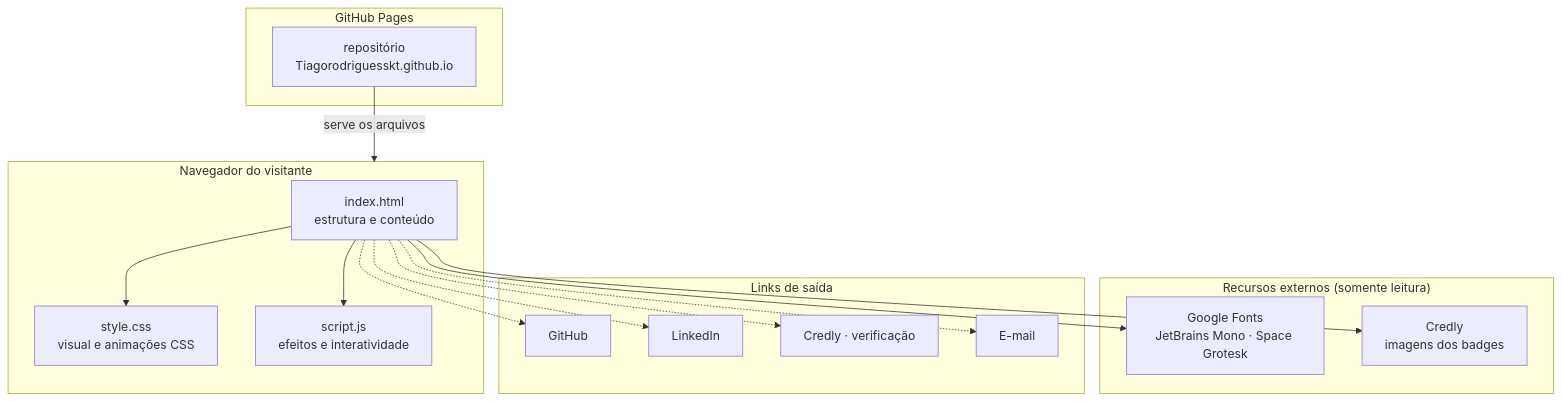
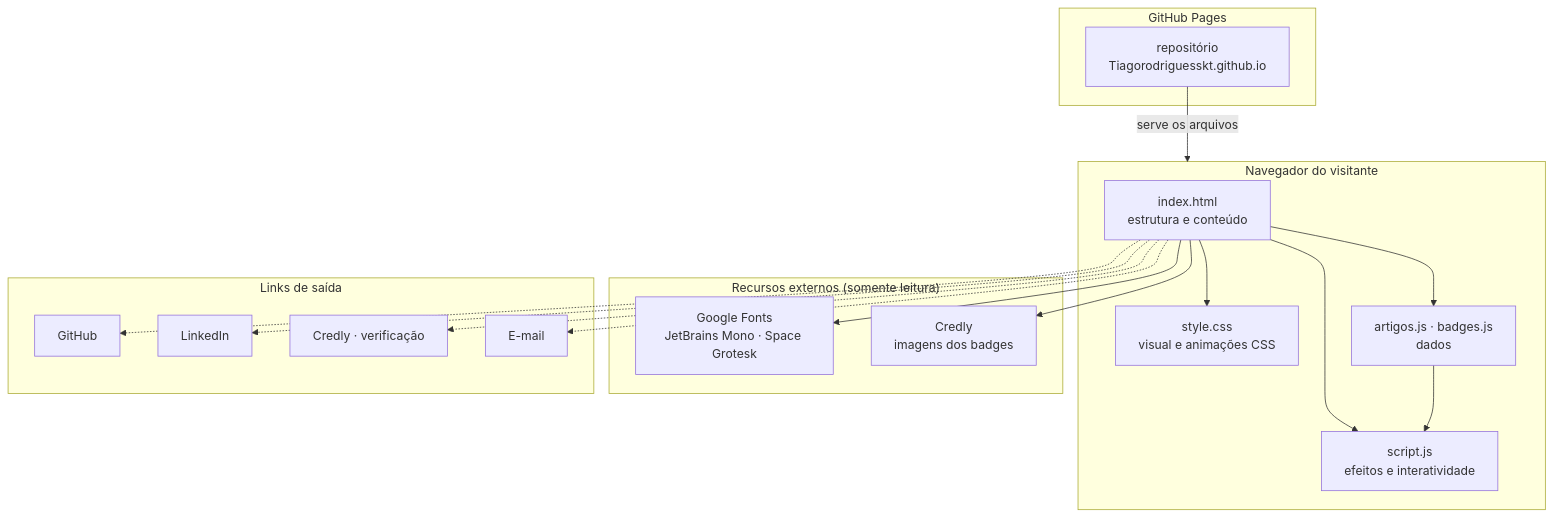
Before and after one commit to TiagoRodriguesskt/Tiagorodriguesskt.github.io: the second of 9 diagrams in docs/DOCUMENTACAO.md, drawn with Mermaid. The commit also changed other lines of this file and 7 other files, not shown here.

````diff
--- a/docs/DOCUMENTACAO.md
+++ b/docs/DOCUMENTACAO.md
@@ -172,34 +173,37 @@
 ```mermaid
 flowchart TB
     subgraph Navegador["Navegador do visitante"]
         HTML["index.html<br/>estrutura e conteúdo"]
         CSS["style.css<br/>visual e animações CSS"]
         JS["script.js<br/>efeitos e interatividade"]
+        DADOS["artigos.js · badges.js<br/>dados"]
         HTML --> CSS
+        HTML --> DADOS
         HTML --> JS
+        DADOS --> JS
     end
 
     subgraph Externos["Recursos externos (somente leitura)"]
         FONTS["Google Fonts<br/>JetBrains Mono · Space Grotesk"]
         CREDLY["Credly<br/>imagens dos badges"]
     end
 
     subgraph Links["Links de saída"]
         GH["GitHub"]
         LI["LinkedIn"]
         CV["Credly · verificação"]
         MAIL["E-mail"]
     end
 
     HTML --> FONTS
     HTML --> CREDLY
     HTML -.-> GH
     HTML -.-> LI
     HTML -.-> CV
     HTML -.-> MAIL
 
     subgraph Hospedagem["GitHub Pages"]
         REPO["repositório<br/>Tiagorodriguesskt.github.io"]
     end
     REPO -->|"serve os arquivos"| Navegador
 ```
````
